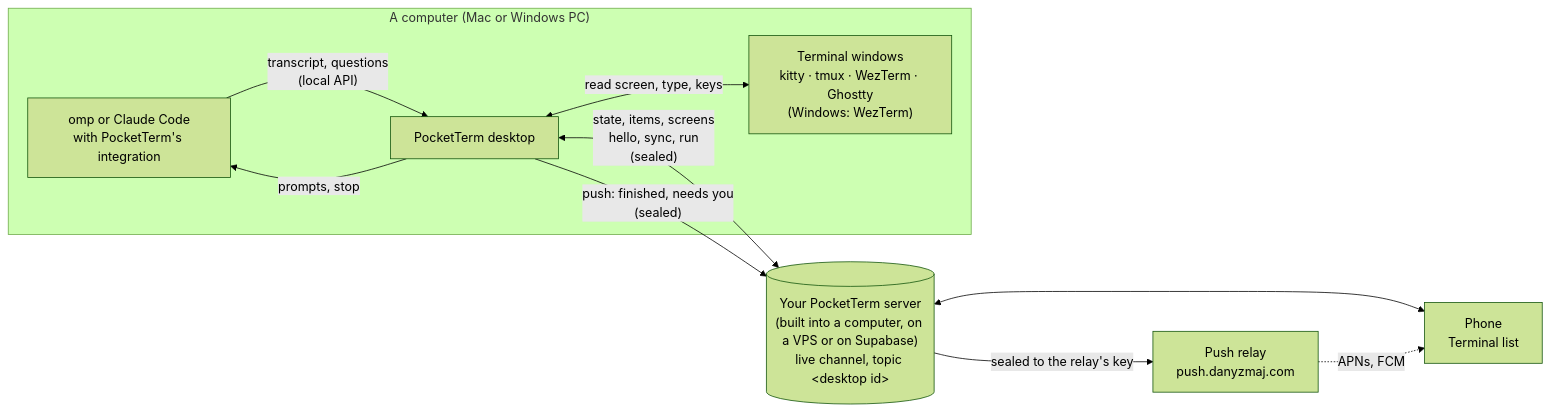
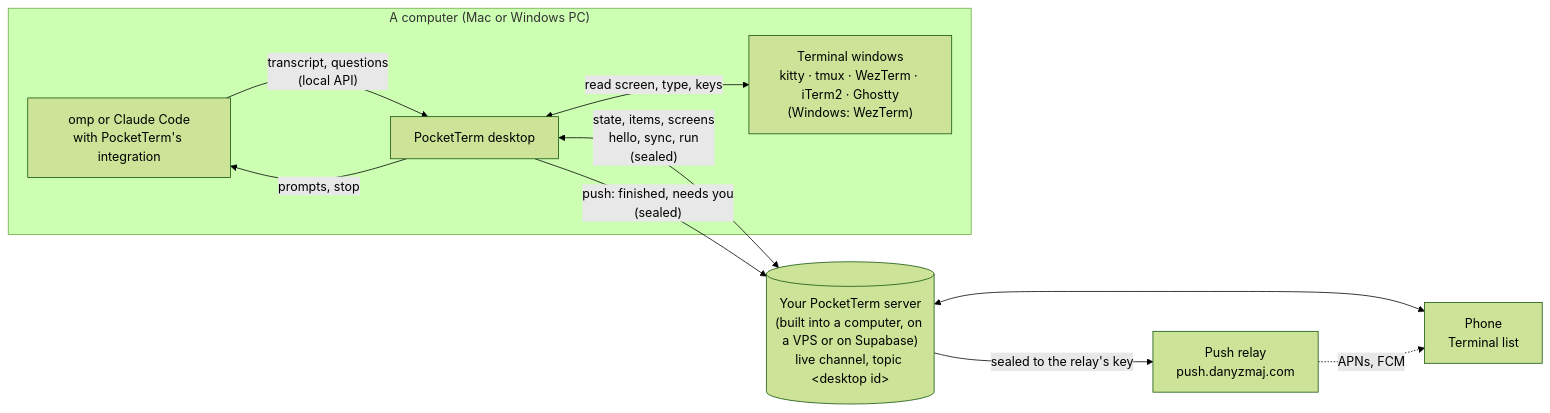
Before and after one commit to danyzmaj-apps/pocketterm: the diagram in docs/ARCHITECTURE.md, drawn with Mermaid (forest theme). The commit also changed other lines of this file and 21 other files, not shown here.

````diff
--- a/docs/ARCHITECTURE.md
+++ b/docs/ARCHITECTURE.md
@@ -7,19 +7,19 @@
 ```mermaid
 flowchart LR
   subgraph computer ["A computer (Mac or Windows PC)"]
     agent["omp or Claude Code<br/>with PocketTerm's integration"]
-    term["Terminal windows<br/>kitty · tmux · WezTerm · Ghostty<br/>(Windows: WezTerm)"]
+    term["Terminal windows<br/>kitty · tmux · WezTerm · iTerm2 · Ghostty<br/>(Windows: WezTerm)"]
     app["PocketTerm desktop"]
     agent -->|"transcript, questions<br/>(local API)"| app
     app -->|"prompts, stop"| agent
     app <-->|"read screen, type, keys"| term
   end
   srv[("Your PocketTerm server<br/>(built into a computer, on a VPS or on Supabase)<br/>live channel, topic &lt;desktop id&gt;")]
   relay["Push relay<br/>push.danyzmaj.com"]
   phone["Phone<br/>Terminal list"]
   app <-->|"state, items, screens<br/>hello, sync, run<br/>(sealed)"| srv
   srv <--> phone
   app -->|"push: finished, needs you<br/>(sealed)"| srv
   srv -->|"sealed to the relay's key"| relay
   relay -.->|"APNs, FCM"| phone
 ```
````
